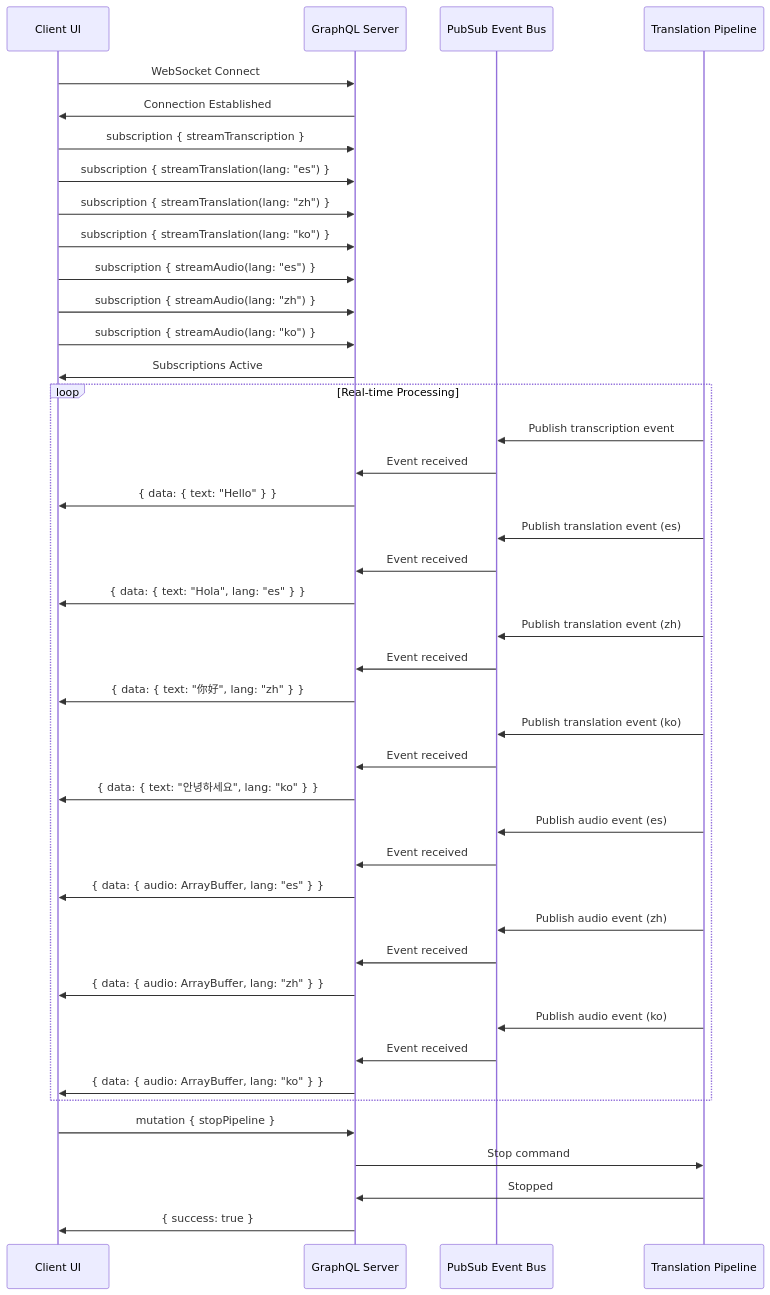
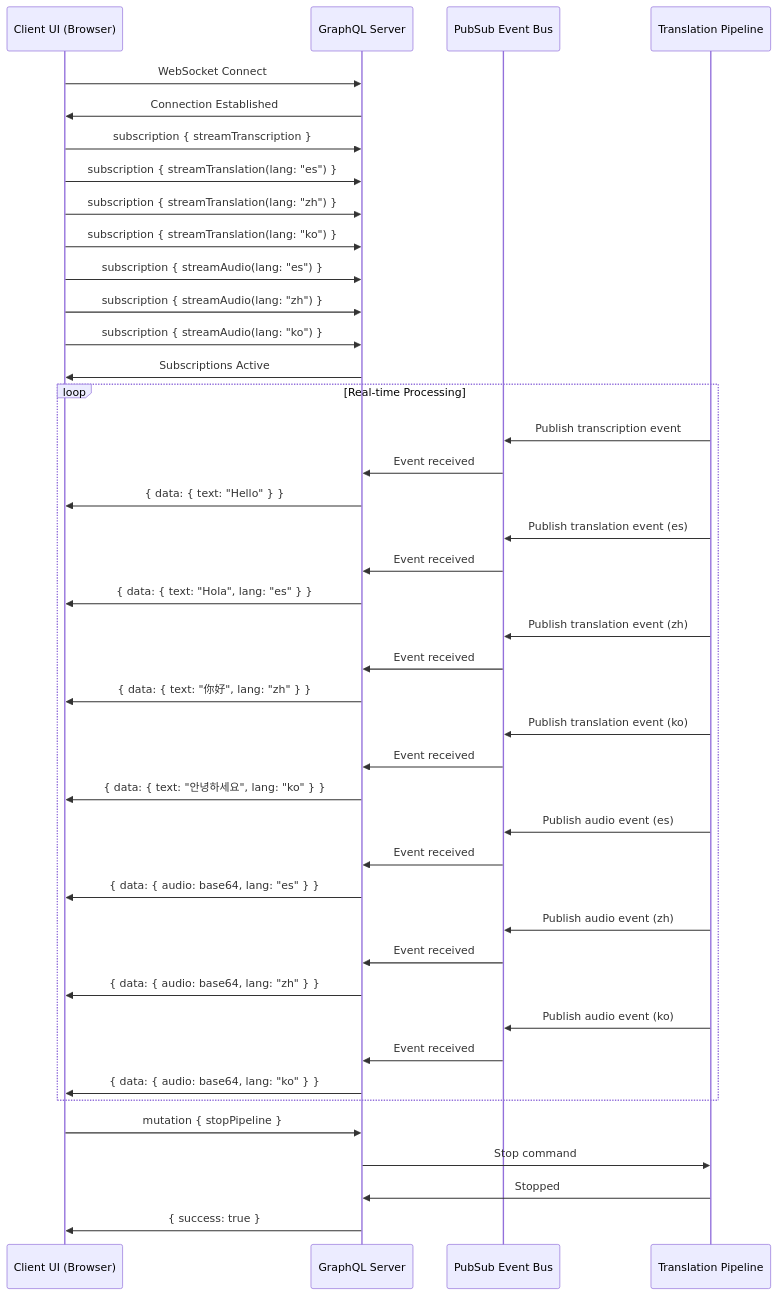
The eighth of 17 diagrams in plans/project-plan.md (naturally-translate/voice-bridge), drawn with Mermaid before and after one commit. The commit also changed other lines of this file, not shown here.

````diff
--- a/plans/project-plan.md
+++ b/plans/project-plan.md
@@ -466,55 +487,55 @@
 ```mermaid
 sequenceDiagram
-    participant Client as Client UI
+    participant Client as Client UI (Browser)
     participant Server as GraphQL Server
     participant PubSub as PubSub Event Bus
     participant Pipeline as Translation Pipeline
 
     Client->>Server: WebSocket Connect
     Server->>Client: Connection Established
 
     Client->>Server: subscription { streamTranscription }
     Client->>Server: subscription { streamTranslation(lang: "es") }
     Client->>Server: subscription { streamTranslation(lang: "zh") }
     Client->>Server: subscription { streamTranslation(lang: "ko") }
     Client->>Server: subscription { streamAudio(lang: "es") }
     Client->>Server: subscription { streamAudio(lang: "zh") }
     Client->>Server: subscription { streamAudio(lang: "ko") }
 
     Server->>Client: Subscriptions Active
 
     loop Real-time Processing
         Pipeline->>PubSub: Publish transcription event
         PubSub->>Server: Event received
         Server->>Client: { data: { text: "Hello" } }
 
         Pipeline->>PubSub: Publish translation event (es)
         PubSub->>Server: Event received
         Server->>Client: { data: { text: "Hola", lang: "es" } }
 
         Pipeline->>PubSub: Publish translation event (zh)
         PubSub->>Server: Event received
         Server->>Client: { data: { text: "你好", lang: "zh" } }
 
         Pipeline->>PubSub: Publish translation event (ko)
         PubSub->>Server: Event received
         Server->>Client: { data: { text: "안녕하세요", lang: "ko" } }
 
         Pipeline->>PubSub: Publish audio event (es)
         PubSub->>Server: Event received
-        Server->>Client: { data: { audio: ArrayBuffer, lang: "es" } }
+        Server->>Client: { data: { audio: base64, lang: "es" } }
 
         Pipeline->>PubSub: Publish audio event (zh)
         PubSub->>Server: Event received
-        Server->>Client: { data: { audio: ArrayBuffer, lang: "zh" } }
+        Server->>Client: { data: { audio: base64, lang: "zh" } }
 
         Pipeline->>PubSub: Publish audio event (ko)
         PubSub->>Server: Event received
-        Server->>Client: { data: { audio: ArrayBuffer, lang: "ko" } }
+        Server->>Client: { data: { audio: base64, lang: "ko" } }
     end
 
     Client->>Server: mutation { stopPipeline }
     Server->>Pipeline: Stop command
     Pipeline->>Server: Stopped
     Server->>Client: { success: true }
 ```
````
